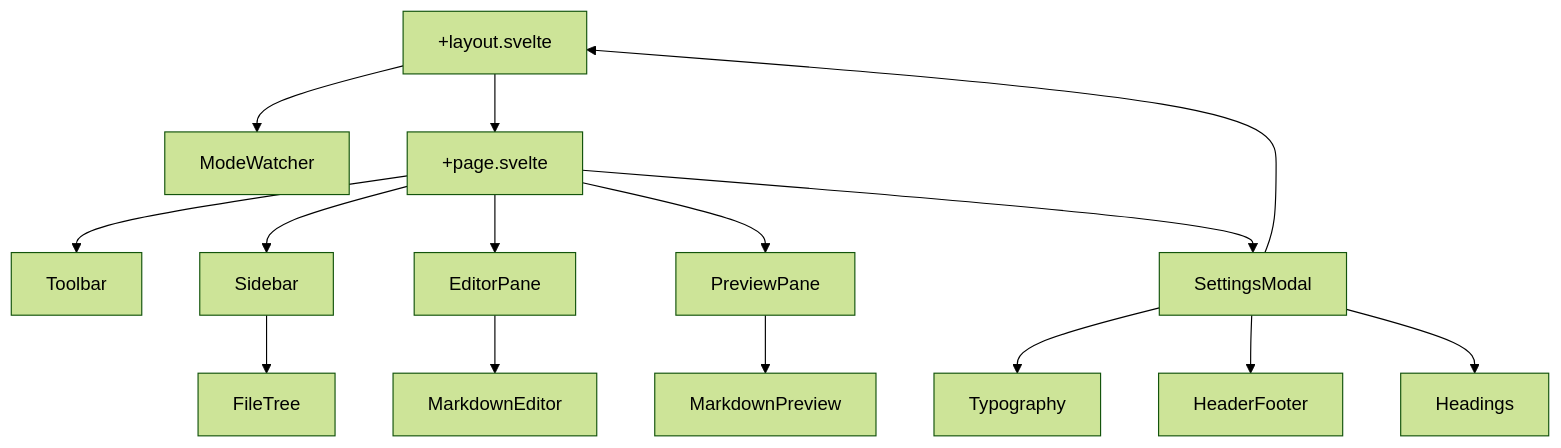
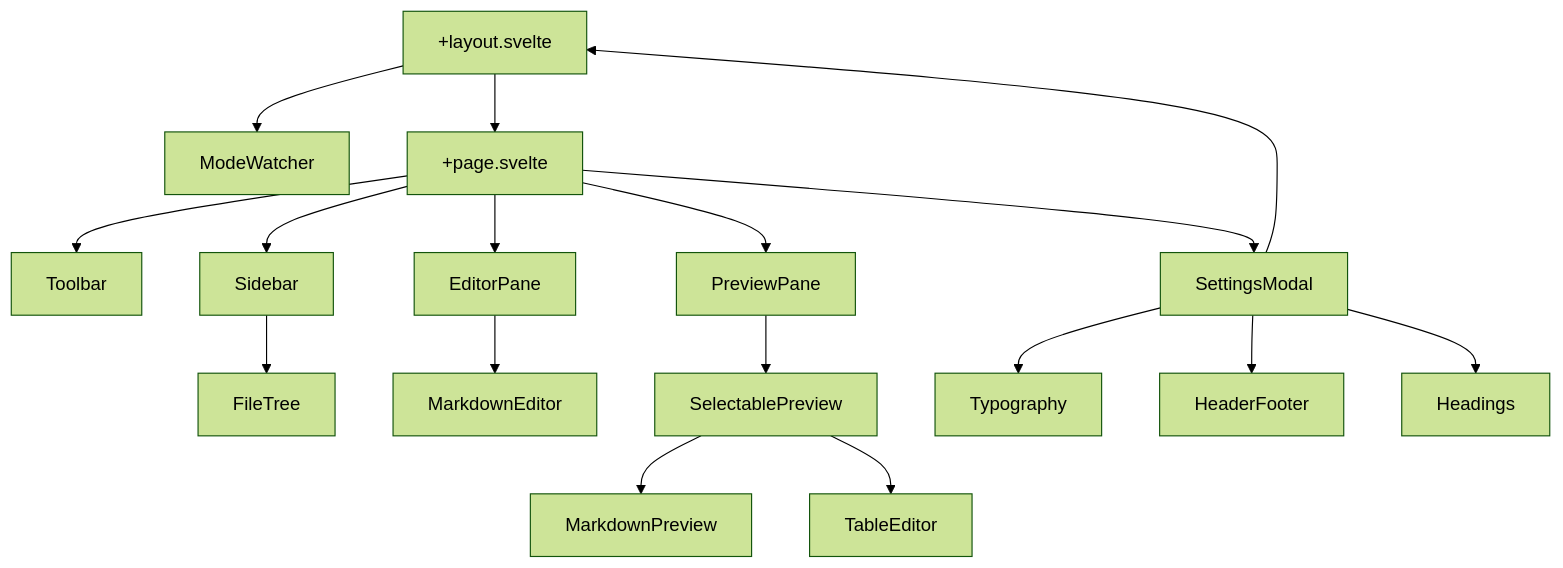
One commit to tabaqatdev/md-to-pdf changed the tenth of 12 diagrams in ARCHITECTURE.md. Above: the diagram before and after it, drawn with Mermaid (forest theme). The commit also changed other lines of this file and 2 other files, not shown here.

Commit message:
docs: add README, Architecture docs and GitHub Actions workflow

````diff
--- a/ARCHITECTURE.md
+++ b/ARCHITECTURE.md
@@ -352,21 +365,23 @@
 ```mermaid
 graph TB
     Layout[+layout.svelte]
     Layout --> ModeWatcher
     Layout --> Page[+page.svelte]
 
     Page --> Toolbar
     Page --> Sidebar
     Page --> EditorPane
     Page --> PreviewPane
     Page --> SettingsModal
 
     Sidebar --> FileTree
     EditorPane --> MarkdownEditor
-    PreviewPane --> MarkdownPreview
+    PreviewPane --> SelectablePreview
+    SelectablePreview --> MarkdownPreview
+    SelectablePreview --> TableEditor
 
     SettingsModal --> Typography
     SettingsModal --> Layout
     SettingsModal --> HeaderFooter
     SettingsModal --> Headings
 ```
````
